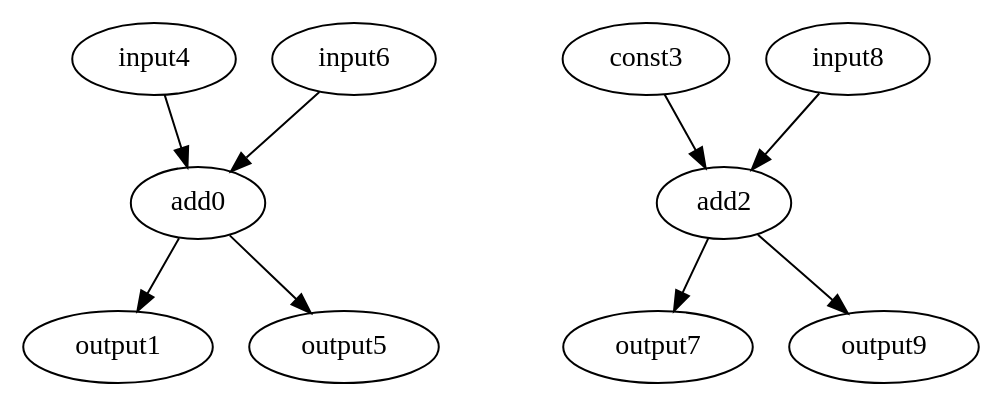
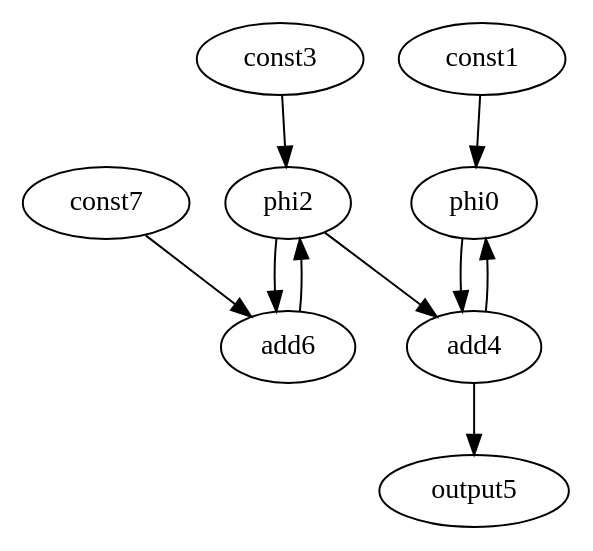
The diagram in benchmarks/microbench/sum/graph_loop.dot (dekisa/cgra-me), drawn with Graphviz before and after one commit. The commit also changed 1 other file, not shown here.

```diff
--- a/benchmarks/microbench/sum/graph_loop.dot
+++ b/benchmarks/microbench/sum/graph_loop.dot
@@ -1,20 +1,19 @@
 digraph G {
-add0[opcode=add];
-output1[opcode=output];
-add2[opcode=add];
+phi0[opcode=phi];
+const1[opcode=const];
+phi2[opcode=phi];
 const3[opcode=const];
-input4[opcode=input];
+add4[opcode=add];
 output5[opcode=output];
-input6[opcode=input];
-output7[opcode=output];
-input8[opcode=input];
-output9[opcode=output];
-add0->output1[operand=0]; //add->output
-add0->output5[operand=0]; //add->output
-add2->output7[operand=0]; //add->output
-add2->output9[operand=0]; //add->output
-const3->add2[operand=1]; //const->add
-input4->add0[operand=0]; //input->add
-input6->add0[operand=1]; //input->add
-input8->add2[operand=0]; //input->add
+add6[opcode=add];
+const7[opcode=const];
+phi0->add4[operand=0]; //phi->add
+phi2->add4[operand=1]; //phi->add
+phi2->add6[operand=0]; //phi->add
+add4->phi0[operand=0]; //add->phi
+add4->output5[operand=0]; //add->output
+add6->phi2[operand=0]; //add->phi
+const1->phi0[operand=1]; //const->phi
+const3->phi2[operand=1]; //const->phi
+const7->add6[operand=1]; //const->add
 }
```
